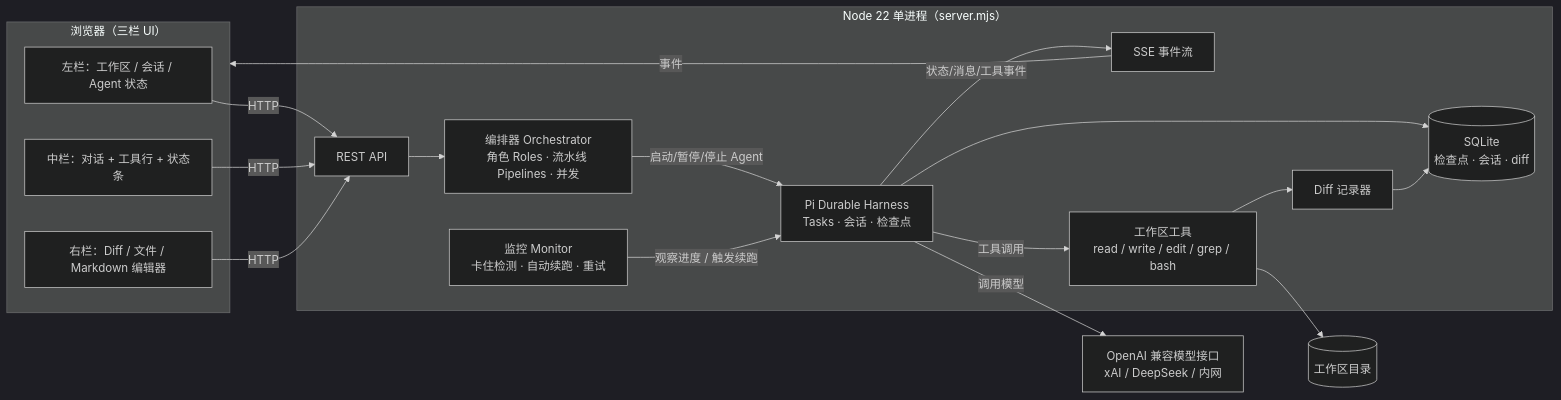
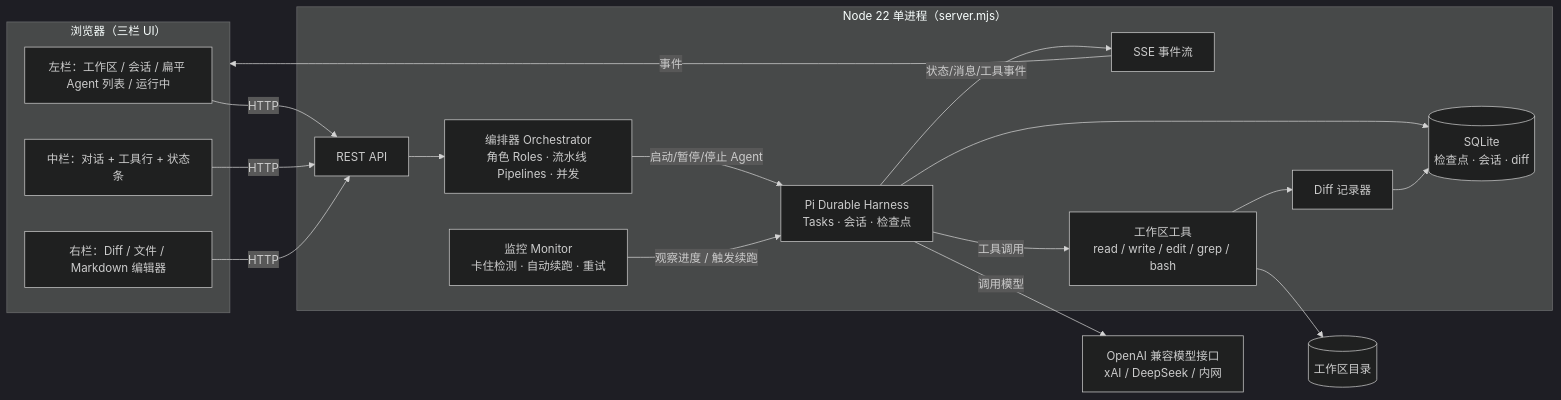
Before and after one commit to lawrencewzen/pi-work: the diagram in docs/ARCHITECTURE.md, drawn with Mermaid (dark theme). The commit also changed other lines of this file and 20 other files, not shown here.

````diff
--- a/docs/ARCHITECTURE.md
+++ b/docs/ARCHITECTURE.md
@@ -5,34 +5,34 @@
 ```mermaid
 flowchart LR
   subgraph Browser["浏览器（三栏 UI）"]
-    L[左栏：工作区 / 会话 / Agent 状态]
+    L[左栏：工作区 / 会话 / 扁平 Agent 列表 / 运行中]
     C[中栏：对话 + 工具行 + 状态条]
     R[右栏：Diff / 文件 / Markdown 编辑器]
   end
 
   subgraph Node["Node 22 单进程（server.mjs）"]
     API[REST API]
     SSE[SSE 事件流]
     ORC[编排器 Orchestrator<br/>角色 Roles · 流水线 Pipelines · 并发]
     MON[监控 Monitor<br/>卡住检测 · 自动续跑 · 重试]
     H[Pi Durable Harness<br/>Tasks · 会话 · 检查点]
     T[工作区工具<br/>read / write / edit / grep / bash]
     D[Diff 记录器]
     DB[(SQLite<br/>检查点 · 会话 · diff)]
   end
 
   WS[(工作区目录)]
   LLM[OpenAI 兼容模型接口<br/>xAI / DeepSeek / 内网]
 
   L & C & R -->|HTTP| API
   SSE -->|事件| Browser
   API --> ORC
   ORC -->|启动/暂停/停止 Agent| H
   MON -->|观察进度 / 触发续跑| H
   H --> DB
   H -->|调用模型| LLM
   H -->|工具调用| T
   T --> WS
   T --> D --> DB
   H -->|状态/消息/工具事件| SSE
 ```
````
